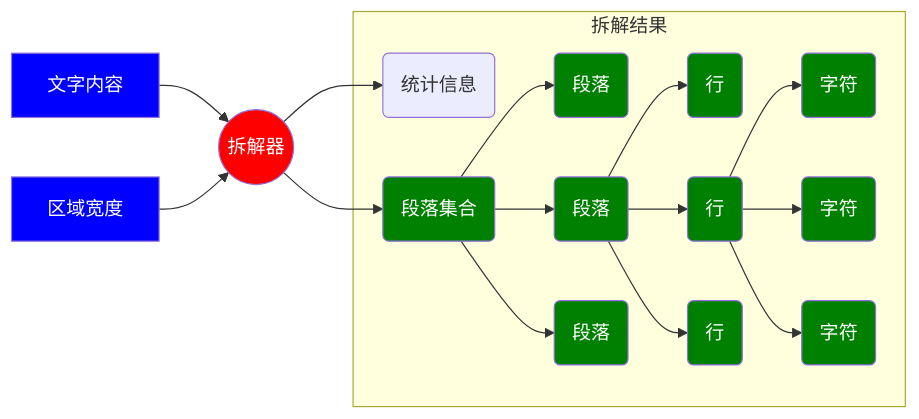
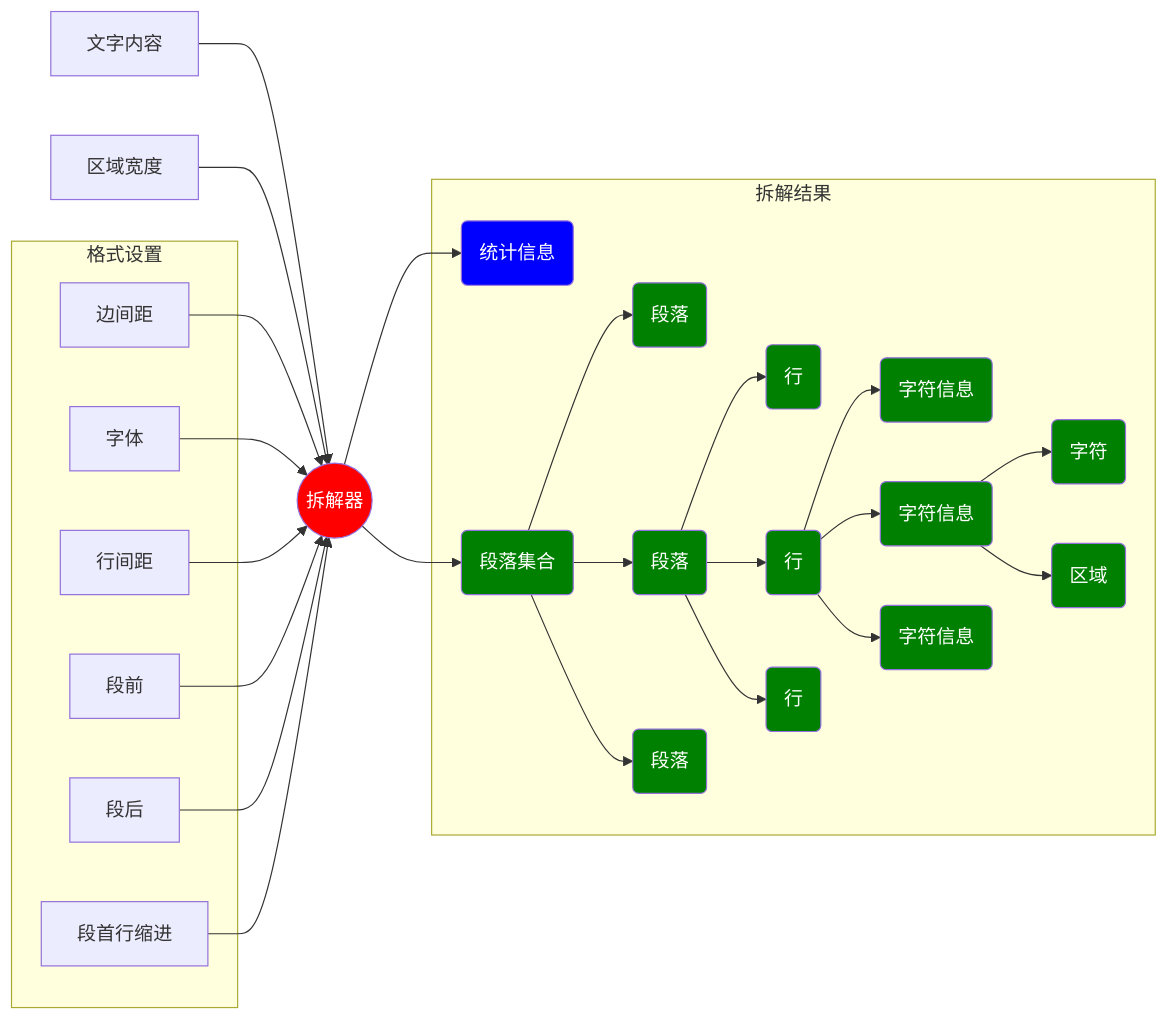
The first of 3 diagrams in 技术方案.md (lvzhonghua/Selene), drawn with Mermaid before and after one commit. The commit also changed other lines of this file and 5 other files, not shown here.

````diff
--- a/技术方案.md
+++ b/技术方案.md
@@ -12,42 +12,63 @@
 ```mermaid
 graph LR
 TextContent[文字内容]-->TextDisassembly((拆解器))
 AreaWidth[区域宽度]-->TextDisassembly
+
+subgraph 格式设置
+	Padding[边间距]
+	Font[字体]
+	LineSpacing[行间距]
+	ParagraphBefor[段前]
+	ParagraphAfter[段后]
+	ParagraphSpacing[段首行缩进]
+end
+
+Padding-->TextDisassembly
+Font-->TextDisassembly
+LineSpacing-->TextDisassembly
+ParagraphBefor-->TextDisassembly
+ParagraphAfter-->TextDisassembly
+ParagraphSpacing-->TextDisassembly
 
 subgraph 拆解结果
 	CountInfo(统计信息)
 	Paragraphs(段落集合)
 	Paragraph1(段落)
 	Paragraph2(段落)
 	Paragraph3(段落)
 	Line1(行)
 	Line2(行)
 	Line3(行)
-	Char1(字符)
-	Char2(字符)
-	Char3(字符)
+	CharInfo1(字符信息)
+	CharInfo2(字符信息)
+	CharInfo3(字符信息)
+	Char(字符)
+	CharAreaInfo(区域)
 end
 
 Paragraphs-->Paragraph1
 Paragraphs-->Paragraph2
 Paragraphs-->Paragraph3
 
 Paragraph2-->Line1
 Paragraph2-->Line2
 Paragraph2-->Line3
 
-Line2-->Char1
-Line2-->Char2
-Line2-->Char3
+Line2-->CharInfo1
+Line2-->CharInfo2
+Line2-->CharInfo3
+
+CharInfo2-->Char
+CharInfo2-->CharAreaInfo
 
 TextDisassembly-->CountInfo
 TextDisassembly-->Paragraphs
 
 classDef red fill:red,color:white
 classDef blue fill:blue,color:white
 classDef green fill:green,color:white
 
 class TextDisassembly red
-class TextContent,AreaWidth blue
-class Paragraphs,Paragraph1,Paragraph2,Paragraph3,Line1,Line2,Line3,Char1,Char2,Char3 green
+class CountInfo blue
+class Paragraphs,Paragraph1,Paragraph2,Paragraph3,Line1,Line2,Line3,CharInfo1,CharInfo2,CharInfo3,Char,CharAreaInfo green
 ```
````
